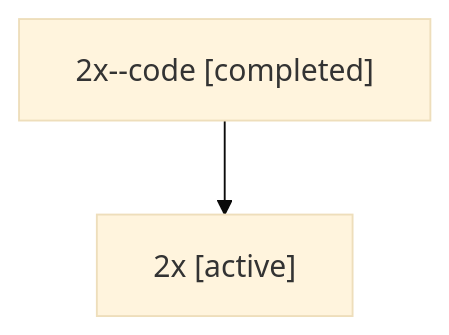
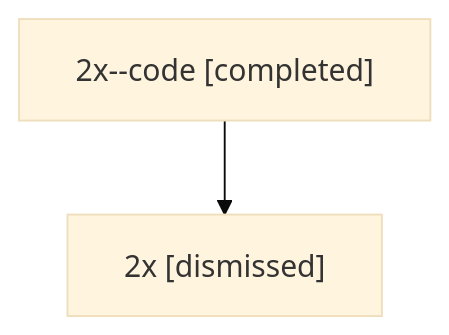
One commit to sase-org/sase--agents changed the diagram in sessions/bbugyi200.athena.2x.md. Above: the diagram before and after it, drawn with Mermaid (base theme). The commit also changed other lines of this file and 32 other files, not shown here.

````diff
--- a/sessions/bbugyi200.athena.2x.md
+++ b/sessions/bbugyi200.athena.2x.md
@@ -9,6 +9,6 @@
 ```mermaid
 flowchart TD
   n0["2x--code [completed]"]
-  n1["2x [active]"]
+  n1["2x [dismissed]"]
   n0 --> n1
 ```
````
